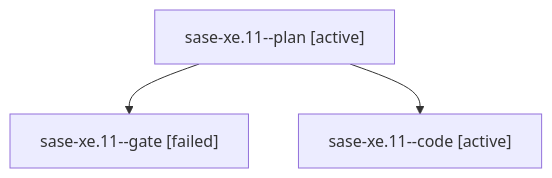
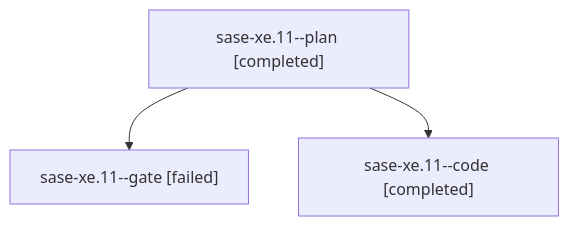
The diagram in families/bbugyi200.athena.sase-xe.11.md (sase-org/sase--agents), drawn with Mermaid before and after one commit. The commit also changed other lines of this file and 66 other files, not shown here.

````diff
--- a/families/bbugyi200.athena.sase-xe.11.md
+++ b/families/bbugyi200.athena.sase-xe.11.md
@@ -9,8 +9,8 @@
 ```mermaid
 flowchart TD
-  n0["sase-xe.11--plan [active]"]
+  n0["sase-xe.11--plan [completed]"]
   n1["sase-xe.11--gate [failed]"]
   n0 --> n1
-  n2["sase-xe.11--code [active]"]
+  n2["sase-xe.11--code [completed]"]
   n0 --> n2
 ```
````
